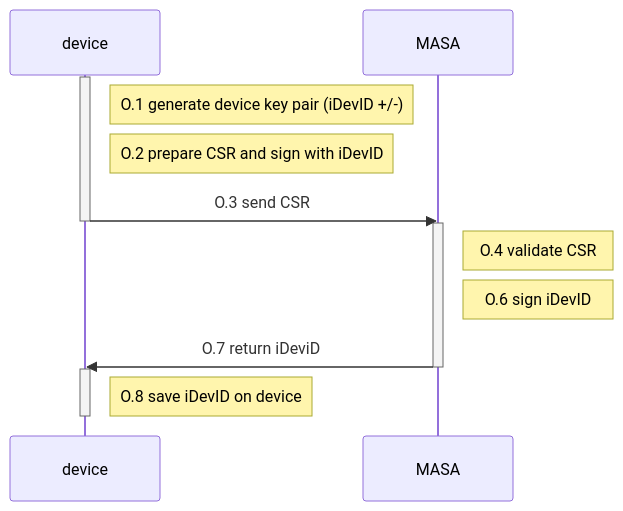
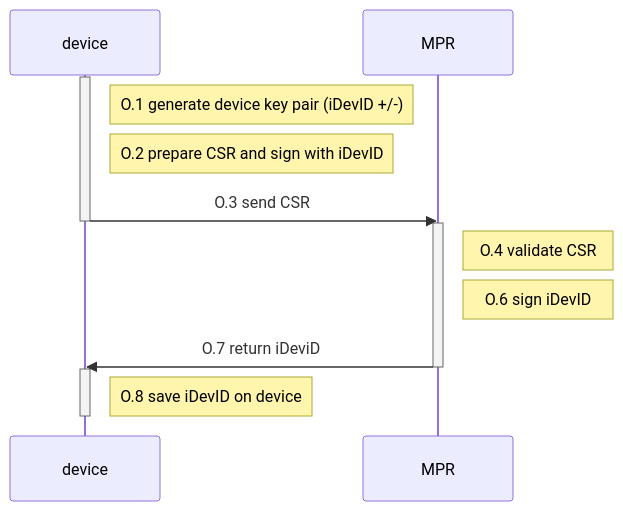
One commit to nqminds/trustnetz changed the diagram in packages/docusaurus/docs/build5-docs/80-Factory provisioning/10-factory-intro.md. Above: the diagram before and after it, drawn with Mermaid.

Commit message:
change to MPR

````diff
--- a/packages/docusaurus/docs/build5-docs/80-Factory provisioning/10-factory-intro.md
+++ b/packages/docusaurus/docs/build5-docs/80-Factory provisioning/10-factory-intro.md
@@ -75,19 +75,19 @@
 ```mermaid
 sequenceDiagram
     participant device
-    participant MASA
+    participant MPR
 
     activate device 
     Note right of device: O.1 generate device key pair (iDevID +/-)
     Note right of device: O.2 prepare CSR and sign with iDevID
-    device->>-MASA: O.3 send CSR
+    device->>-MPR: O.3 send CSR
 
-    activate MASA    
-    Note right of MASA: O.4 validate CSR
-    Note right of MASA: O.6 sign iDevID
+    activate MPR    
+    Note right of MPR: O.4 validate CSR
+    Note right of MPR: O.6 sign iDevID
 
-    MASA->>-device: O.7 return iDeviD
+    MPR->>-device: O.7 return iDeviD
     activate device 
     Note right of device: O.8 save iDevID on device 
     deactivate device
 ```
````
